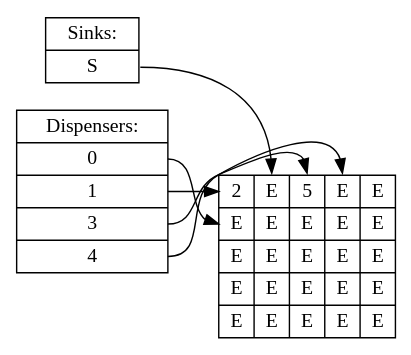
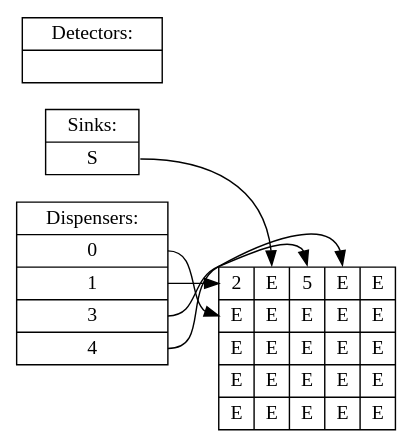
Before and after one commit to jiegec/OnePassSynthesisDMFB: the diagram in solutions/Simple_Mix2/time5.dot, drawn with Graphviz. The commit also changed 53 other files, not shown here.

```diff
--- a/solutions/Simple_Mix2/time5.dot
+++ b/solutions/Simple_Mix2/time5.dot
@@ -1,10 +1,11 @@
 digraph step {rankdir=LR;node [shape=record,fontname="Inconsolata"];
-dispenser [label="Dispensers:|<d18>0|<d0>1|<d2>3|<d3>4"];
+dispenser [label="Dispensers:|<d18>0|<d19>1|<d2>3|<d3>4"];
 sink [label="Sinks:|<s1>S"];
+detector [label="Detectors:|"];
 board [label="{<f00>2|<f01>E|<f02>5|<f03>E|<f04>E}|{<f10>E|<f11>E|<f12>E|<f13>E|<f14>E}|{<f20>E|<f21>E|<f22>E|<f23>E|<f24>E}|{<f30>E|<f31>E|<f32>E|<f33>E|<f34>E}|{<f40>E|<f41>E|<f42>E|<f43>E|<f44>E}"];
 dispenser:d18 -> board:f10
-dispenser:d0 -> board:f00
+dispenser:d19 -> board:f00
 dispenser:d2 -> board:f02
 dispenser:d3 -> board:f03
 sink:s1 -> board:f01
 }
```
